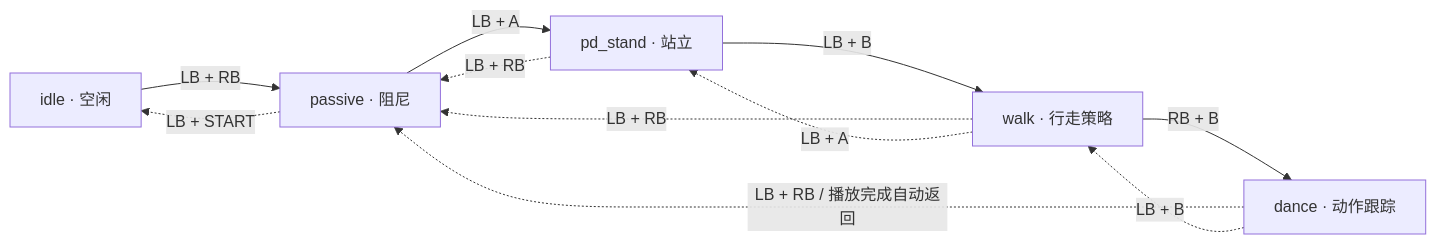
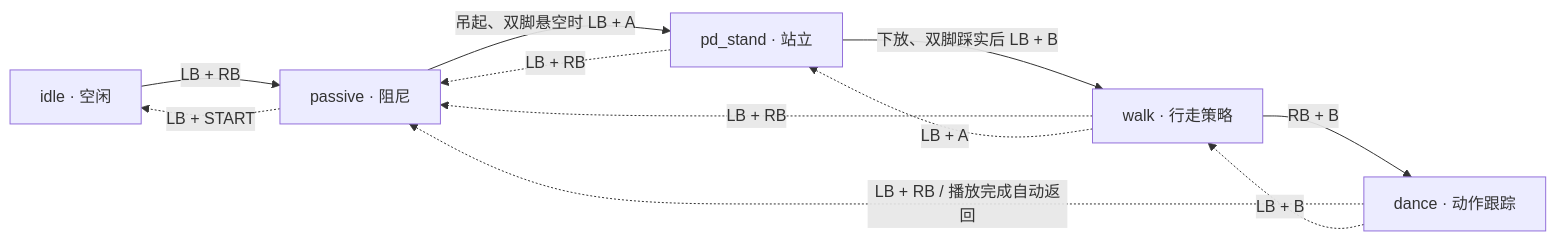
The diagram in README_T800_DEPLOY.md (mothinf/engineai_rl_unilab), drawn with Mermaid before and after one commit. The commit also changed other lines of this file, not shown here.

Commit message:
docs: clarify suspended pd_stand and grounded walk startup sequence

````diff
--- a/README_T800_DEPLOY.md
+++ b/README_T800_DEPLOY.md
@@ -146,13 +146,13 @@
 ```mermaid
 flowchart LR
     I["idle · 空闲"] -->|"LB + RB"| P["passive · 阻尼"]
-    P -->|"LB + A"| S["pd_stand · 站立"]
-    S -->|"LB + B"| W["walk · 行走策略"]
+    P -->|"吊起、双脚悬空时 LB + A"| S["pd_stand · 站立"]
+    S -->|"下放、双脚踩实后 LB + B"| W["walk · 行走策略"]
     W -->|"RB + B"| D["dance · 动作跟踪"]
     S -.->|"LB + RB"| P
     W -.->|"LB + RB"| P
     D -.->|"LB + RB / 播放完成自动返回"| P
     D -.->|"LB + B"| W
     W -.->|"LB + A"| S
     P -.->|"LB + START"| I
 ```
````
